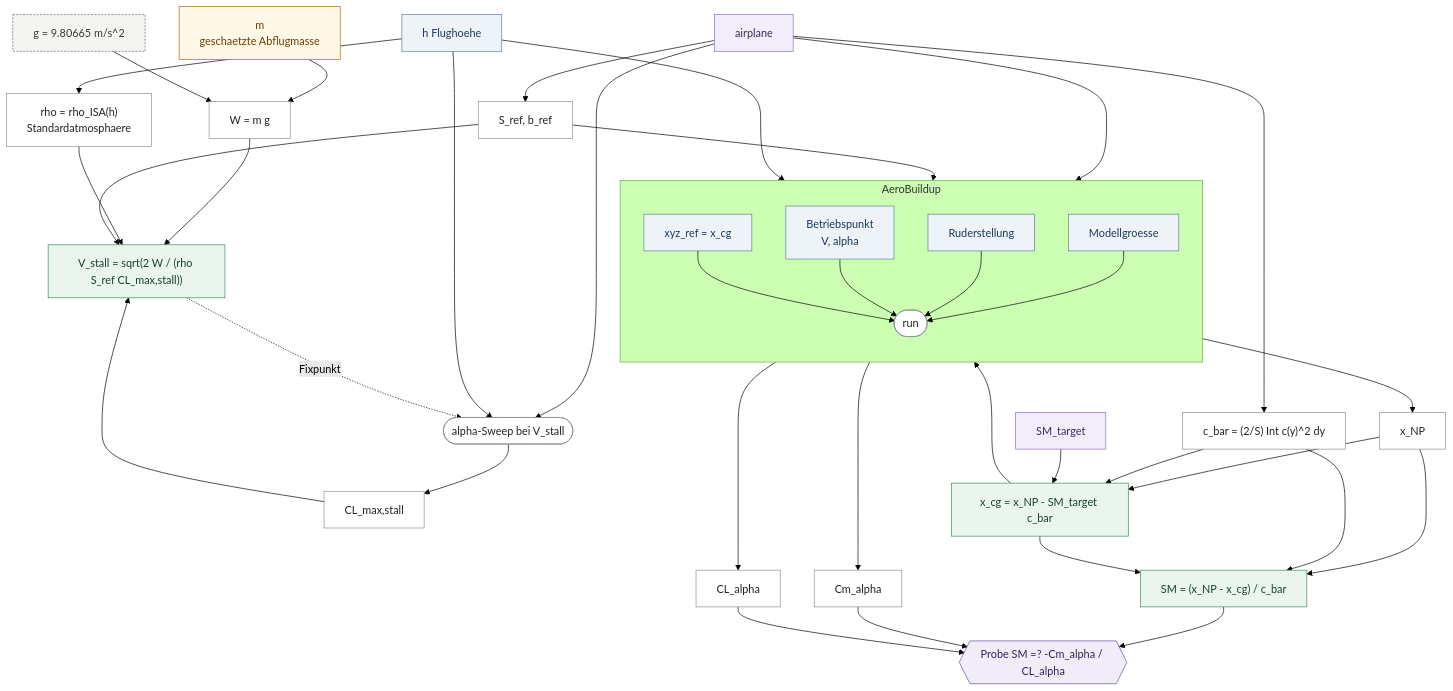
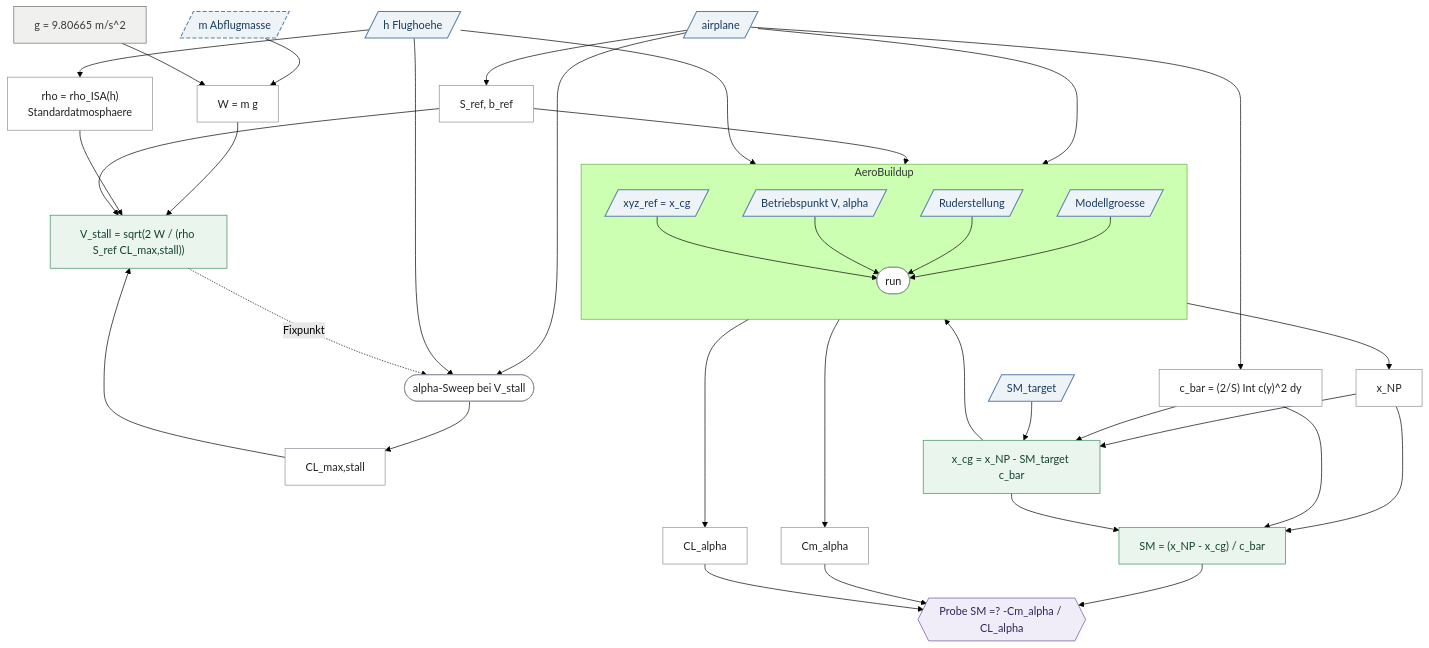
One commit to szymansk/da3Dalus changed the second of 2 diagrams in _reversa_sdd/calculations/canon/PFAD3.md. Above: the diagram before and after it, drawn with Mermaid (forest theme). The commit also changed other lines of this file and 1 other file, not shown here.

Commit message:
docs(spec): one shape and one colour for inputs, dashed for estimates
All inputs now share a colour and take the parallelogram the flowchart
convention reserves for them; an estimate is marked by a dashed border
rather than a second colour. The physical constant loses its dash, since
dashed now means uncertain and gravity is the most certain thing in the
picture.

Shape carries the role, stroke carries the certainty: m and h are both
inputs, but one is guessed and the other read off. At approval that is
the difference between asking whether a value is plausible and asking
whether a quantity was properly determined.

Claude-Session: https://claude.ai/code/session_01Mi6hrNvR7cmwACXYAoStnv

````diff
--- a/_reversa_sdd/calculations/canon/PFAD3.md
+++ b/_reversa_sdd/calculations/canon/PFAD3.md
@@ -424,81 +424,80 @@
 ```mermaid
 flowchart TD
-  classDef choice fill:#f3ecfa,stroke:#8a6fc0,color:#3c2a63
-  classDef est fill:#fff8e6,stroke:#b4690e,color:#6b3f06
-  classDef inp fill:#eef3f8,stroke:#5a7fa6,color:#173a5e
+  classDef inp fill:#eef3f8,stroke:#5a7fa6,stroke-width:1.5px,color:#173a5e
+  classDef est fill:#eef3f8,stroke:#5a7fa6,stroke-width:1.5px,stroke-dasharray:6 3,color:#173a5e
   classDef drv fill:#ffffff,stroke:#8a8f98,color:#222
   classDef chk fill:#f0ecf8,stroke:#6b4fa0,color:#33235c
-  classDef konst fill:#f4f4f2,stroke:#6b6b66,stroke-dasharray:3 2,color:#3a3a36
+  classDef konst fill:#f0f0ee,stroke:#6b6b66,color:#3a3a36
   classDef out fill:#eaf5ee,stroke:#3d8a5a,color:#14432a
 
-  GEO["airplane"]:::choice
-  SMT["SM_target"]:::choice
-  MEST["m<br/>geschaetzte Abflugmasse"]:::est
-  HOEHE["h  Flughoehe"]:::inp
+  GEO[/"airplane"/]:::inp
+  SMT[/"SM_target"/]:::inp
+  MEST[/"m  Abflugmasse"/]:::est
+  HOEHE[/"h  Flughoehe"/]:::inp
   GRAV["g = 9.80665 m/s^2"]:::konst
 
   MAC["c_bar = (2/S) Int c(y)^2 dy"]:::drv
   SREF["S_ref, b_ref"]:::drv
   ATM["rho = rho_ISA(h)<br/>Standardatmosphaere"]:::drv
   W["W = m g"]:::drv
 
   subgraph SOLVER["AeroBuildup"]
     direction TB
-    XYZ["xyz_ref = x_cg"]:::inp
-    OP["Betriebspunkt<br/>V, alpha"]:::inp
-    CTRL["Ruderstellung"]:::inp
-    FID["Modellgroesse"]:::inp
+    XYZ[/"xyz_ref = x_cg"/]:::inp
+    OP[/"Betriebspunkt V, alpha"/]:::inp
+    CTRL[/"Ruderstellung"/]:::inp
+    FID[/"Modellgroesse"/]:::inp
     RUN(["run"]):::drv
     XYZ --> RUN
     OP --> RUN
     CTRL --> RUN
     FID --> RUN
   end
   XNP["x_NP"]:::drv
   CMA["Cm_alpha"]:::drv
   CLA["CL_alpha"]:::drv
 
   SWEEP(["alpha-Sweep bei V_stall"]):::drv
   CLMAX["CL_max,stall"]:::drv
 
   CGD["x_cg = x_NP - SM_target c_bar"]:::out
   SM["SM = (x_NP - x_cg) / c_bar"]:::out
   RT{{"Probe SM =? -Cm_alpha / CL_alpha"}}:::chk
   VS["V_stall = sqrt(2 W / (rho S_ref CL_max,stall))"]:::out
 
   GEO --> MAC
   GEO --> SREF
   GEO --> RUN
   GEO --> SWEEP
   SREF --> RUN
 
   MEST --> W
   GRAV --> W
   HOEHE --> ATM
   HOEHE --> RUN
   HOEHE --> SWEEP
 
   RUN --> XNP
   RUN --> CMA
   RUN --> CLA
 
   XNP --> CGD
   MAC --> CGD
   SMT --> CGD
   CGD --> XYZ
 
   XNP --> SM
   MAC --> SM
   CGD --> SM
   SM --> RT
   CMA --> RT
   CLA --> RT
 
   SWEEP --> CLMAX
   W --> VS
   ATM --> VS
   SREF --> VS
   CLMAX --> VS
   VS -. "Fixpunkt" .-> SWEEP
 
 ```
````
